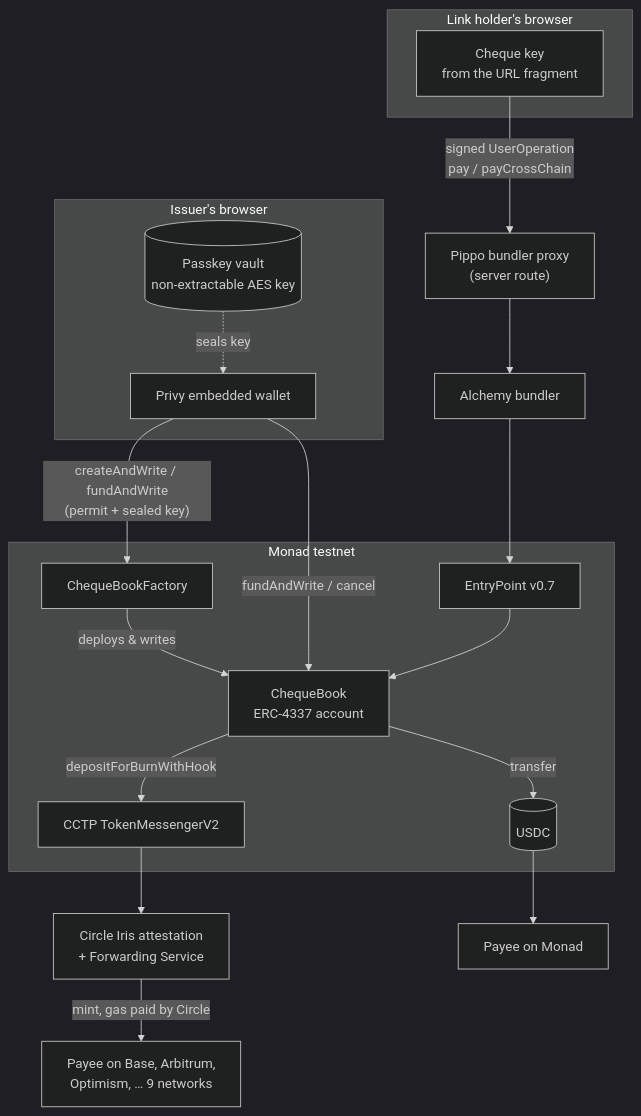
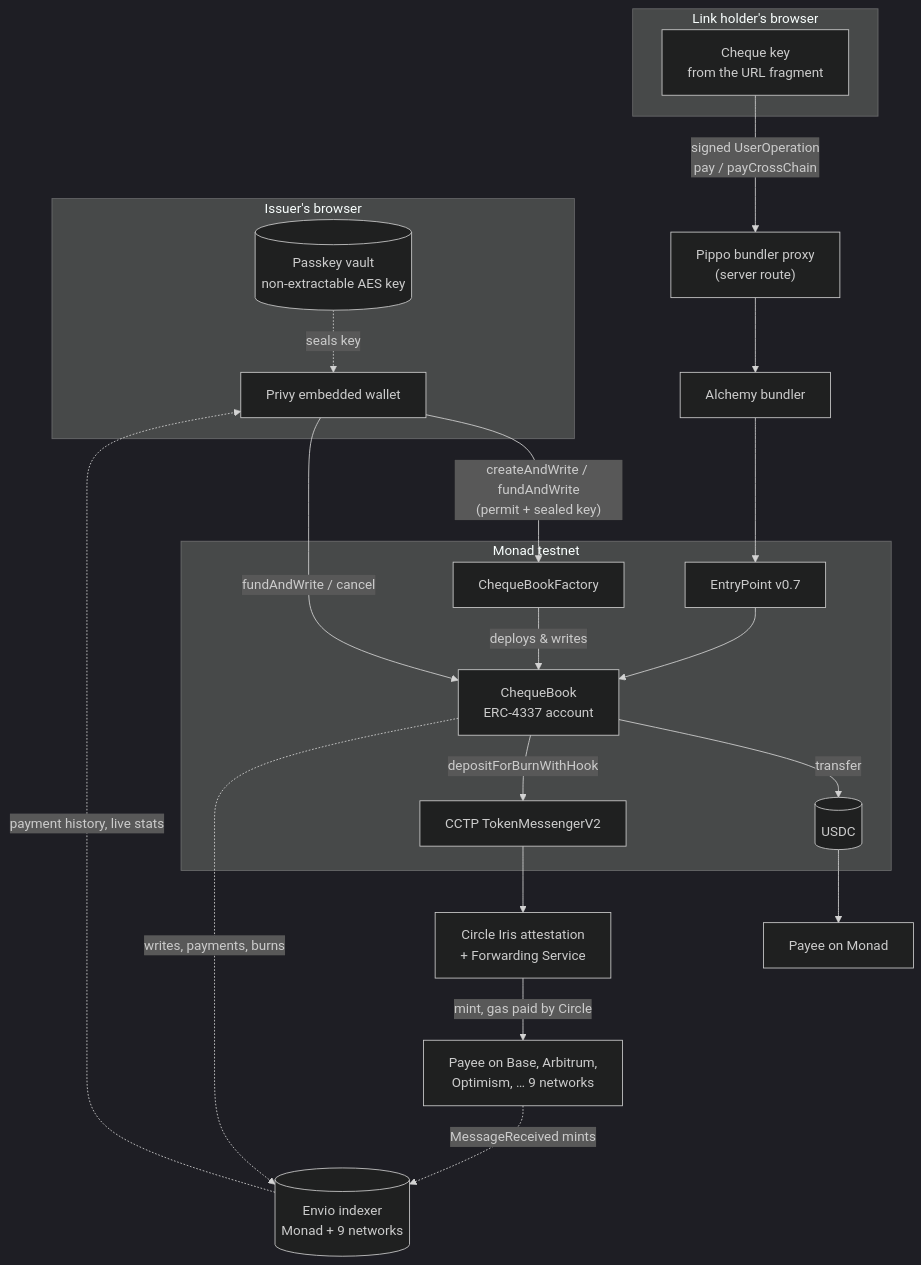
The first of 2 diagrams in README.md (emeieiron/spookly), drawn with Mermaid (dark theme) before and after one commit. The commit also changed other lines of this file and 20 other files, not shown here.

````diff
--- a/README.md
+++ b/README.md
@@ -68,30 +69,34 @@
 ```mermaid
 flowchart TB
     subgraph Issuer["Issuer's browser"]
         W[Privy embedded wallet]
         V[(Passkey vault<br/>non-extractable AES key)]
     end
     subgraph Holder["Link holder's browser"]
         K[Cheque key<br/>from the URL fragment]
     end
     subgraph Monad["Monad testnet"]
         F[ChequeBookFactory]
         B[ChequeBook<br/>ERC-4337 account]
         EP[EntryPoint v0.7]
         U[(USDC)]
         TM[CCTP TokenMessengerV2]
     end
     P["Pippo bundler proxy<br/>(server route)"]
     A[Alchemy bundler]
     C[Circle Iris attestation<br/>+ Forwarding Service]
     D[Payee on Base, Arbitrum,<br/>Optimism, … 9 networks]
     M[Payee on Monad]
 
     W -- "createAndWrite / fundAndWrite<br/>(permit + sealed key)" --> F
     F -- deploys & writes --> B
     W -- "fundAndWrite / cancel" --> B
     V -. seals key .-> W
     K -- "signed UserOperation<br/>pay / payCrossChain" --> P --> A --> EP --> B
     B -- transfer --> U --> M
     B -- "depositForBurnWithHook" --> TM --> C -- "mint, gas paid by Circle" --> D
+    X[(Envio indexer<br/>Monad + 9 networks)]
+    B -. "writes, payments, burns" .-> X
+    D -. "MessageReceived mints" .-> X
+    X -. "payment history, live stats" .-> W
 ```
````
